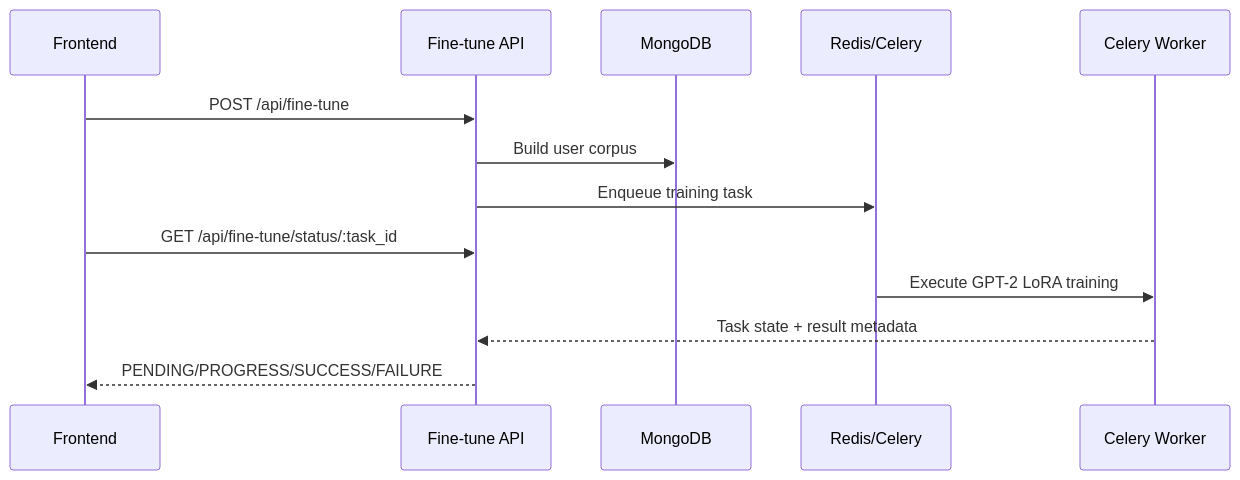
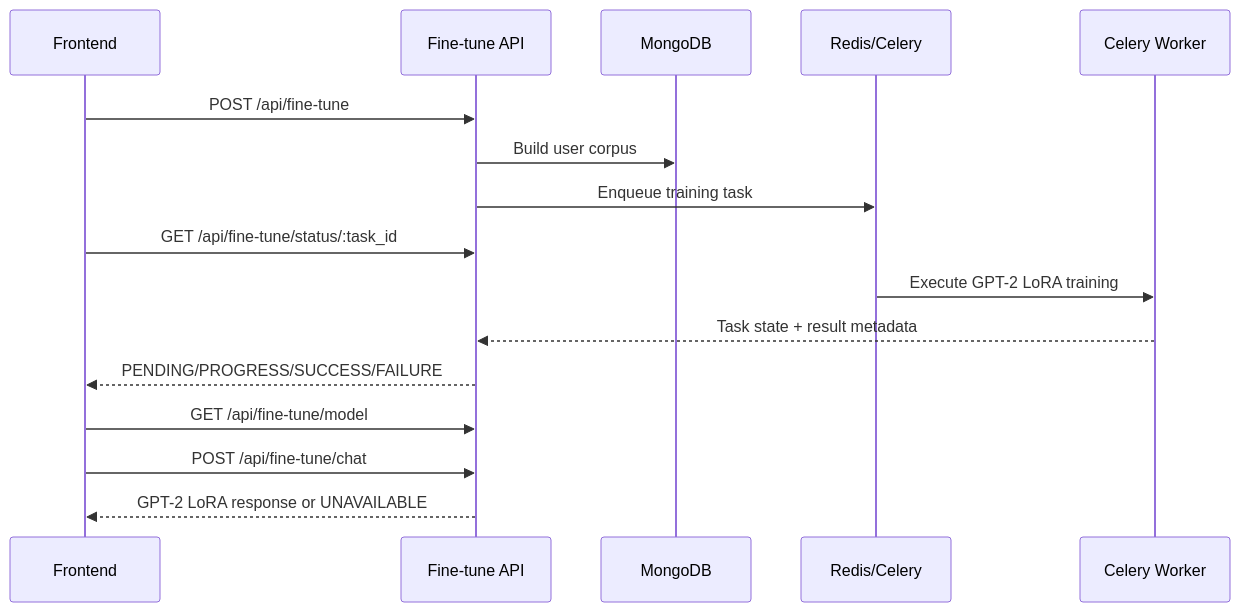
One commit to haseebraza715/EngageMind changed the third of 3 diagrams in engagemind-rag/ARCHITECTURE.md. Above: the diagram before and after it, drawn with Mermaid. The commit also changed other lines of this file and 6 other files, not shown here.

Commit message:
feat(rag): harden fine-tune endpoints and add contract coverage

````diff
--- a/engagemind-rag/ARCHITECTURE.md
+++ b/engagemind-rag/ARCHITECTURE.md
@@ -72,16 +74,20 @@
 ```mermaid
 sequenceDiagram
   participant FE as Frontend
   participant FT as Fine-tune API
   participant DB as MongoDB
   participant Q as Redis/Celery
   participant CW as Celery Worker
 
   FE->>FT: POST /api/fine-tune
   FT->>DB: Build user corpus
   FT->>Q: Enqueue training task
   FE->>FT: GET /api/fine-tune/status/:task_id
   Q->>CW: Execute GPT-2 LoRA training
   CW-->>FT: Task state + result metadata
   FT-->>FE: PENDING/PROGRESS/SUCCESS/FAILURE
+
+  FE->>FT: GET /api/fine-tune/model
+  FE->>FT: POST /api/fine-tune/chat
+  FT-->>FE: GPT-2 LoRA response or UNAVAILABLE
 ```
````
